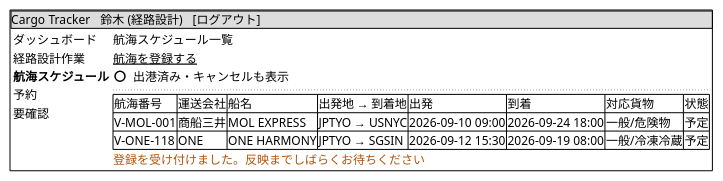
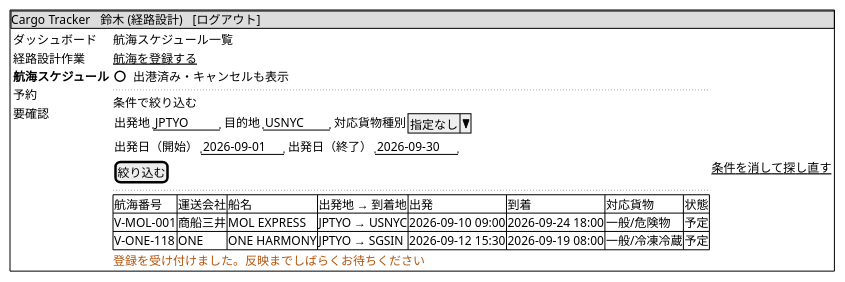
One commit to k2works/case-study-cargo-tracker changed diagram 14 of 32 in docs/design/cargo-tracker/ui_design.md. Above: the diagram before and after it, drawn with PlantUML. The commit also changed other lines of this file and 2 other files, not shown here.

````diff
--- a/docs/design/cargo-tracker/ui_design.md
+++ b/docs/design/cargo-tracker/ui_design.md
@@ -683,27 +683,32 @@
 ```plantuml
 @startsalt
 {+
   {* Cargo Tracker | 鈴木 (経路設計) | [ログアウト] }
   {
     { ダッシュボード
       経路設計作業
       <b>航海スケジュール
       予約
       要確認
     } |
     {
       航海スケジュール一覧
       <u>航海を登録する</u>
       ()  出港済み・キャンセルも表示
       ..
+      条件で絞り込む
+      { 出発地 | "JPTYO   " | 目的地 | "USNYC   " | 対応貨物種別 | ^指定なし^ }
+      { 出発日（開始） | "2026-09-01" | 出発日（終了） | "2026-09-30" }
+      [絞り込む] | <u>条件を消して探し直す</u>
+      ..
       {#
         航海番号 | 運送会社 | 船名 | 出発地 → 到着地 | 出発 | 到着 | 対応貨物 | 状態
         V-MOL-001 | 商船三井 | MOL EXPRESS | JPTYO → USNYC | 2026-09-10 09:00 | 2026-09-24 18:00 | 一般/危険物 | 予定
         V-ONE-118 | ONE | ONE HARMONY | JPTYO → SGSIN | 2026-09-12 15:30 | 2026-09-19 08:00 | 一般/冷凍冷蔵 | 予定
       }
       <color:#B45309>登録を受け付けました。反映までしばらくお待ちください</color>
     }
   }
 }
 @endsalt
 ```
````
